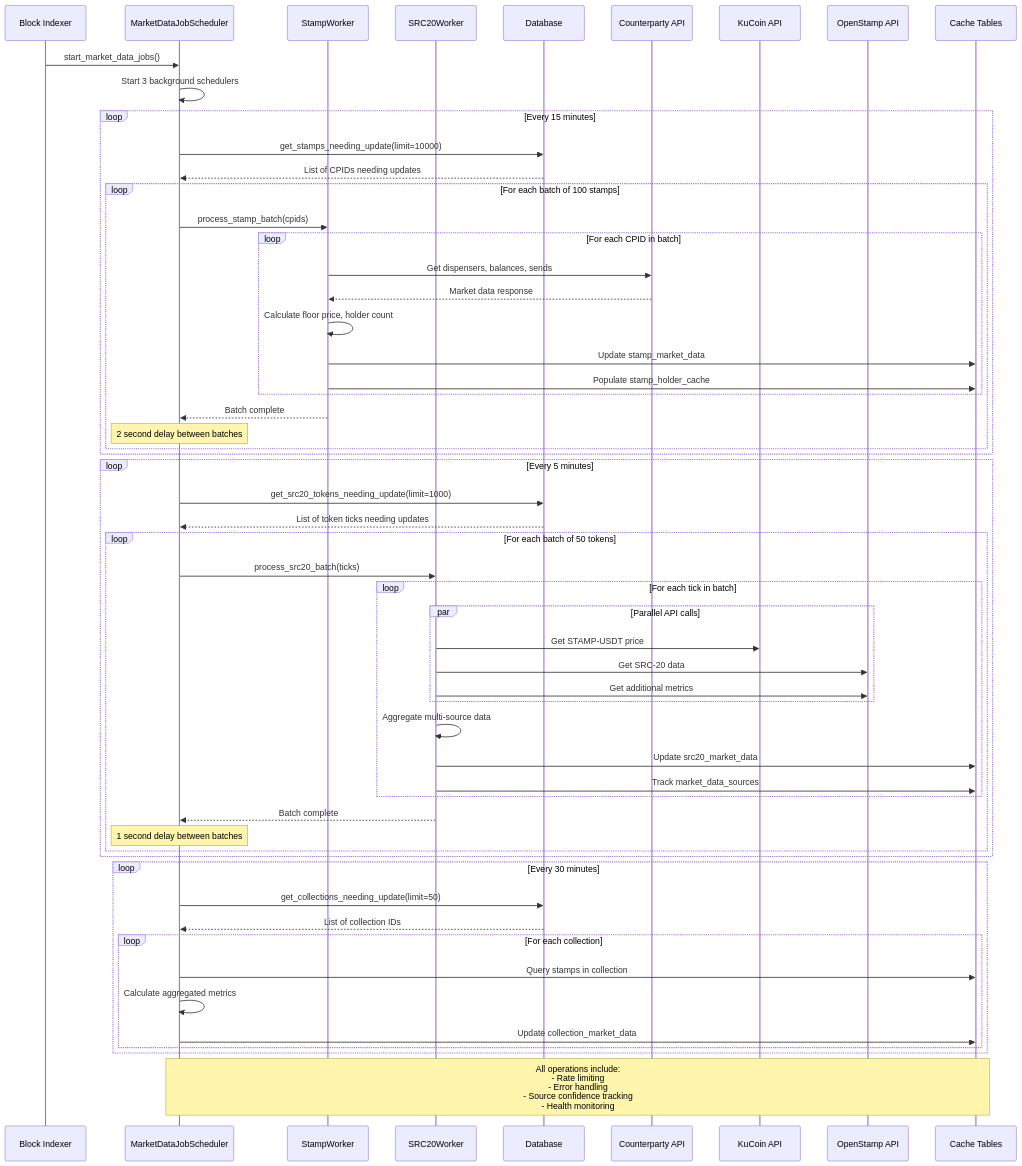
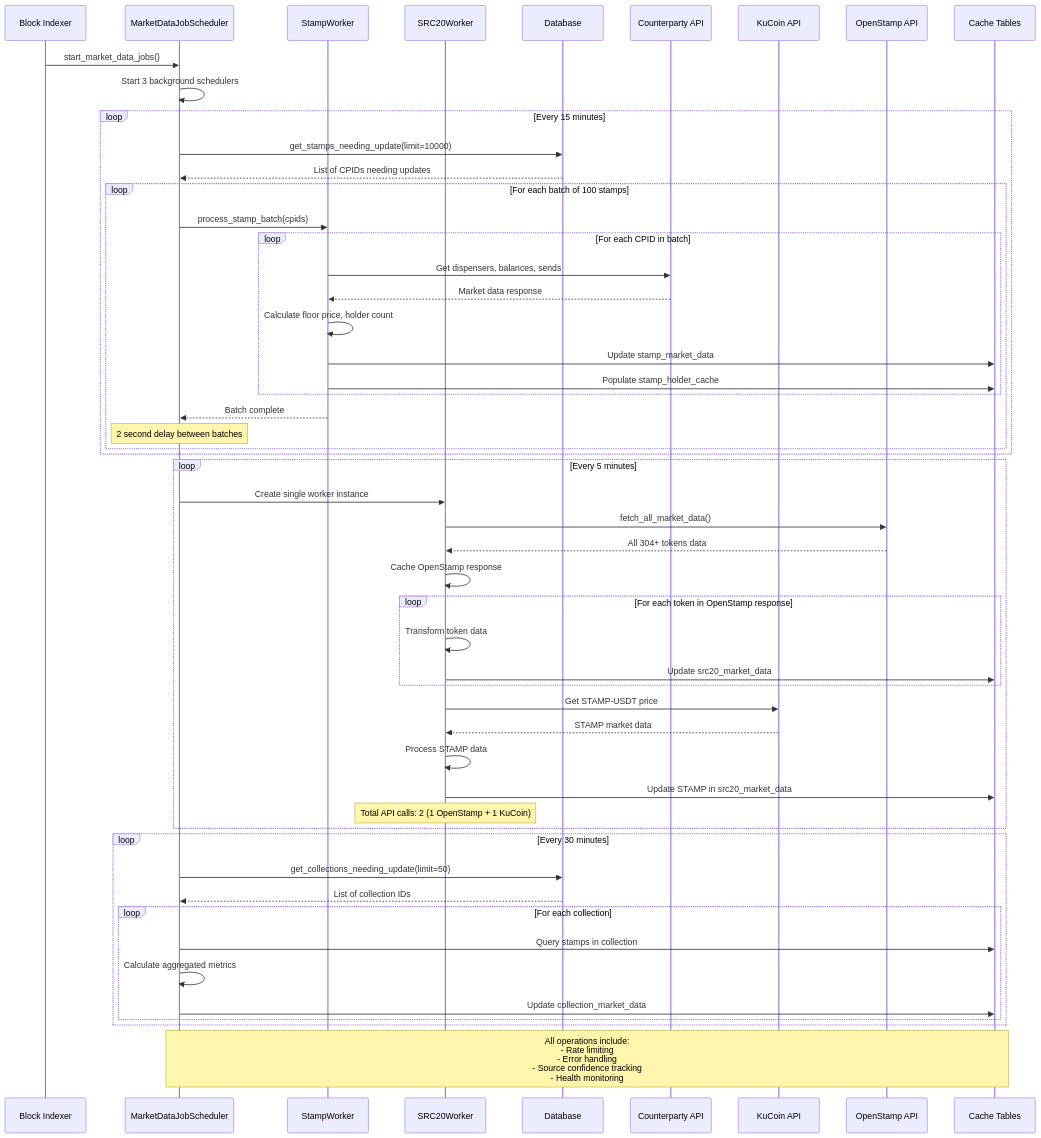
Before and after one commit to stampchain-io/btc_stamps: the diagram in docs/MARKET_DATA_PROCESSING_FLOW.md, drawn with Mermaid. The commit also changed other lines of this file and 3 other files, not shown here.

First line of the commit message:
refactor(market-data): Optimize SRC-20 token processing and update documentation

````diff
--- a/docs/MARKET_DATA_PROCESSING_FLOW.md
+++ b/docs/MARKET_DATA_PROCESSING_FLOW.md
@@ -13,77 +13,76 @@
 ```mermaid
 sequenceDiagram
     participant Indexer as Block Indexer
     participant Scheduler as MarketDataJobScheduler
     participant StampWorker as StampWorker
     participant SRC20Worker as SRC20Worker
     participant DB as Database
     participant CP as Counterparty API
     participant KuCoin as KuCoin API
     participant OpenStamp as OpenStamp API
     participant Cache as Cache Tables
 
     %% Initialization
     Indexer->>Scheduler: start_market_data_jobs()
     Scheduler->>Scheduler: Start 3 background schedulers
 
     %% Stamp Market Data Flow (Every 15 min)
     loop Every 15 minutes
         Scheduler->>DB: get_stamps_needing_update(limit=10000)
         DB-->>Scheduler: List of CPIDs needing updates
         
         loop For each batch of 100 stamps
             Scheduler->>StampWorker: process_stamp_batch(cpids)
             
             loop For each CPID in batch
                 StampWorker->>CP: Get dispensers, balances, sends
                 CP-->>StampWorker: Market data response
                 StampWorker->>StampWorker: Calculate floor price, holder count
                 StampWorker->>Cache: Update stamp_market_data
                 StampWorker->>Cache: Populate stamp_holder_cache
             end
             
             StampWorker-->>Scheduler: Batch complete
             Note over Scheduler: 2 second delay between batches
         end
     end
 
     %% SRC-20 Market Data Flow (Every 5 min)
     loop Every 5 minutes
-        Scheduler->>DB: get_src20_tokens_needing_update(limit=1000)
-        DB-->>Scheduler: List of token ticks needing updates
+        Scheduler->>SRC20Worker: Create single worker instance
         
-        loop For each batch of 50 tokens
-            Scheduler->>SRC20Worker: process_src20_batch(ticks)
-            
-            loop For each tick in batch
-                par Parallel API calls
-                    SRC20Worker->>KuCoin: Get STAMP-USDT price
-                    SRC20Worker->>OpenStamp: Get SRC-20 data
-                    SRC20Worker->>OpenStamp: Get additional metrics
-                end
-                
-                SRC20Worker->>SRC20Worker: Aggregate multi-source data
-                SRC20Worker->>Cache: Update src20_market_data
-                SRC20Worker->>Cache: Track market_data_sources
-            end
-            
-            SRC20Worker-->>Scheduler: Batch complete
-            Note over Scheduler: 1 second delay between batches
+        %% Fetch all OpenStamp data in one call
+        SRC20Worker->>OpenStamp: fetch_all_market_data()
+        OpenStamp-->>SRC20Worker: All 304+ tokens data
+        SRC20Worker->>SRC20Worker: Cache OpenStamp response
+        
+        %% Process each token from OpenStamp
+        loop For each token in OpenStamp response
+            SRC20Worker->>SRC20Worker: Transform token data
+            SRC20Worker->>Cache: Update src20_market_data
         end
+        
+        %% Update STAMP from KuCoin
+        SRC20Worker->>KuCoin: Get STAMP-USDT price
+        KuCoin-->>SRC20Worker: STAMP market data
+        SRC20Worker->>SRC20Worker: Process STAMP data
+        SRC20Worker->>Cache: Update STAMP in src20_market_data
+        
+        Note over SRC20Worker: Total API calls: 2 (1 OpenStamp + 1 KuCoin)
     end
 
     %% Collection Aggregation (Every 30 min)
     loop Every 30 minutes
         Scheduler->>DB: get_collections_needing_update(limit=50)
         DB-->>Scheduler: List of collection IDs
         
         loop For each collection
             Scheduler->>Cache: Query stamps in collection
             Scheduler->>Scheduler: Calculate aggregated metrics
             Scheduler->>Cache: Update collection_market_data
         end
     end
 
     %% Error Handling & Monitoring
     Note over Scheduler,Cache: All operations include:<br/>- Rate limiting<br/>- Error handling<br/>- Source confidence tracking<br/>- Health monitoring
 ```
````
